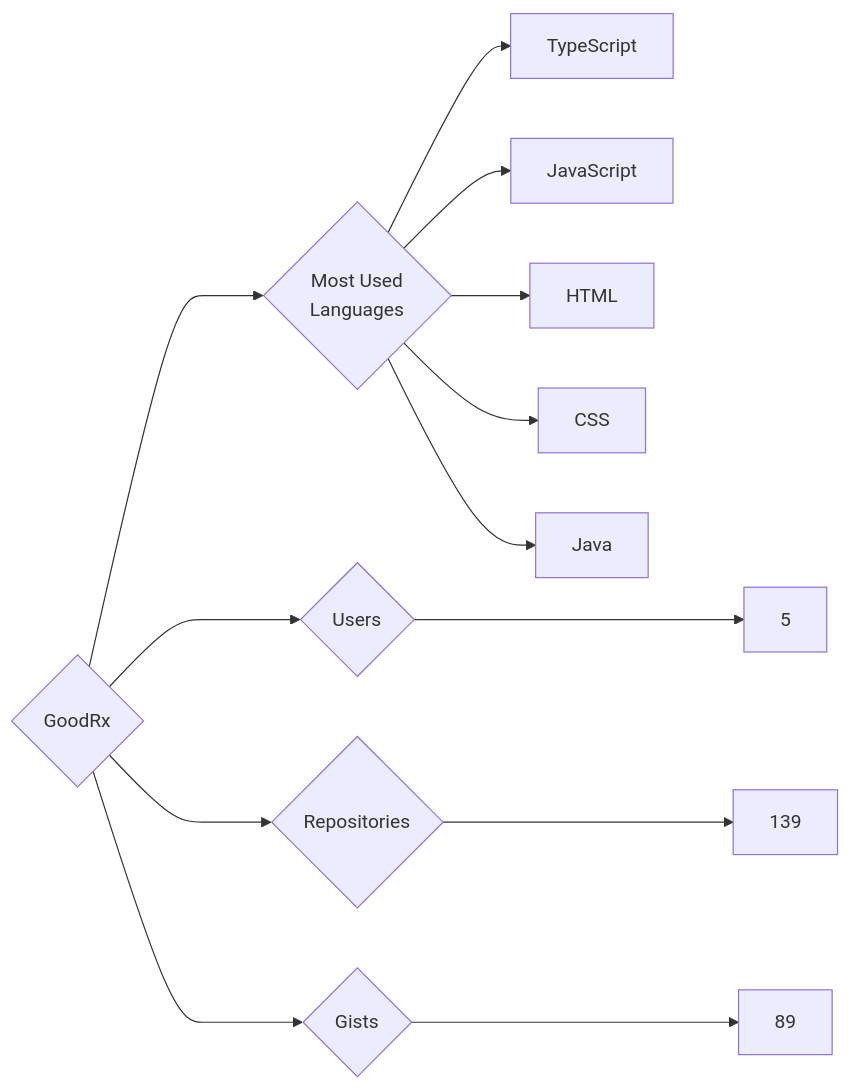
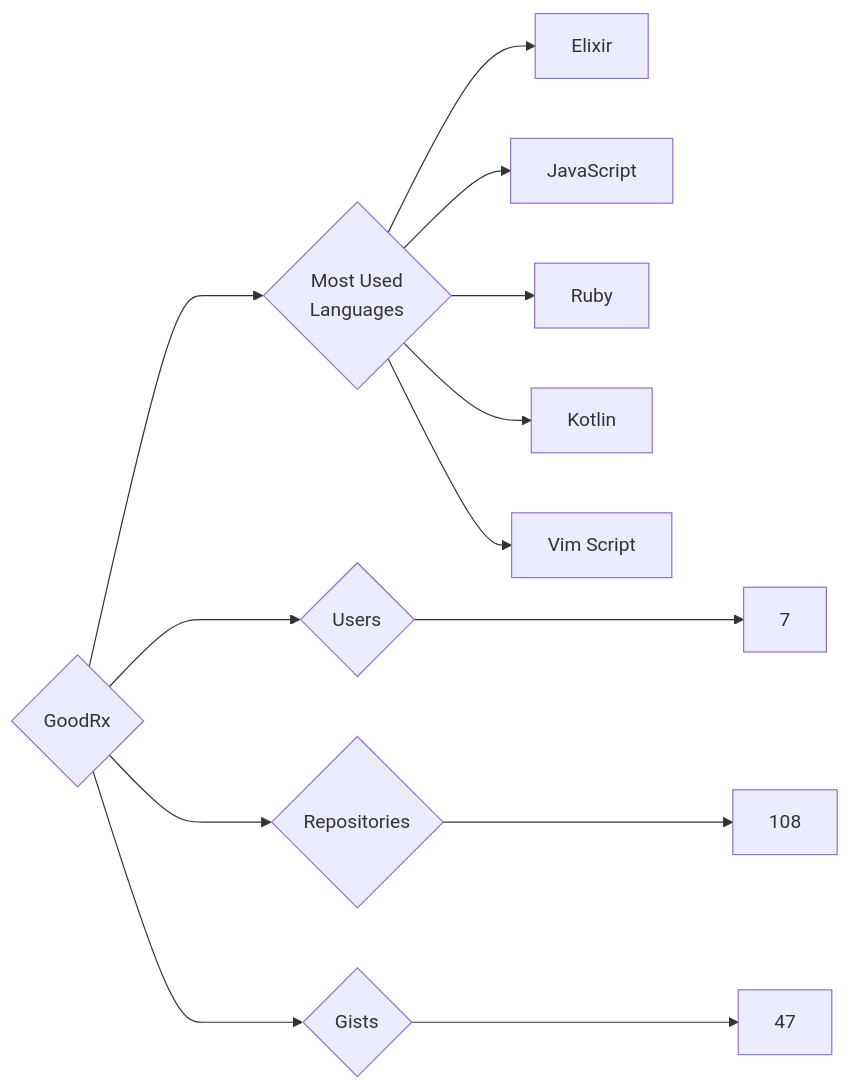
The diagram in targets/GoodRx/README.md (trickest/insiders), drawn with Mermaid before and after one commit. The commit also changed 1023 other files, not shown here.

````diff
--- a/targets/GoodRx/README.md
+++ b/targets/GoodRx/README.md
@@ -3,13 +3,13 @@
 ```mermaid
 graph LR
 COMPANY_NAME{GoodRx}
-COMPANY_NAME ---> U{Users} ---> UN[5]
-COMPANY_NAME ---> R{Repositories} ---> RN[139]
-COMPANY_NAME ---> G{Gists} ---> GN[89]
+COMPANY_NAME ---> U{Users} ---> UN[7]
+COMPANY_NAME ---> R{Repositories} ---> RN[108]
+COMPANY_NAME ---> G{Gists} ---> GN[47]
 COMPANY_NAME ---> ML{Most Used<br>Languages}
-ML --> TypeScript[TypeScript]
+ML --> Elixir[Elixir]
 ML --> JavaScript[JavaScript]
-ML --> HTML[HTML]
-ML --> CSS[CSS]
-ML --> Java[Java]
+ML --> Ruby[Ruby]
+ML --> Kotlin[Kotlin]
+ML --> Vim_Script[Vim Script]
 ```
````
